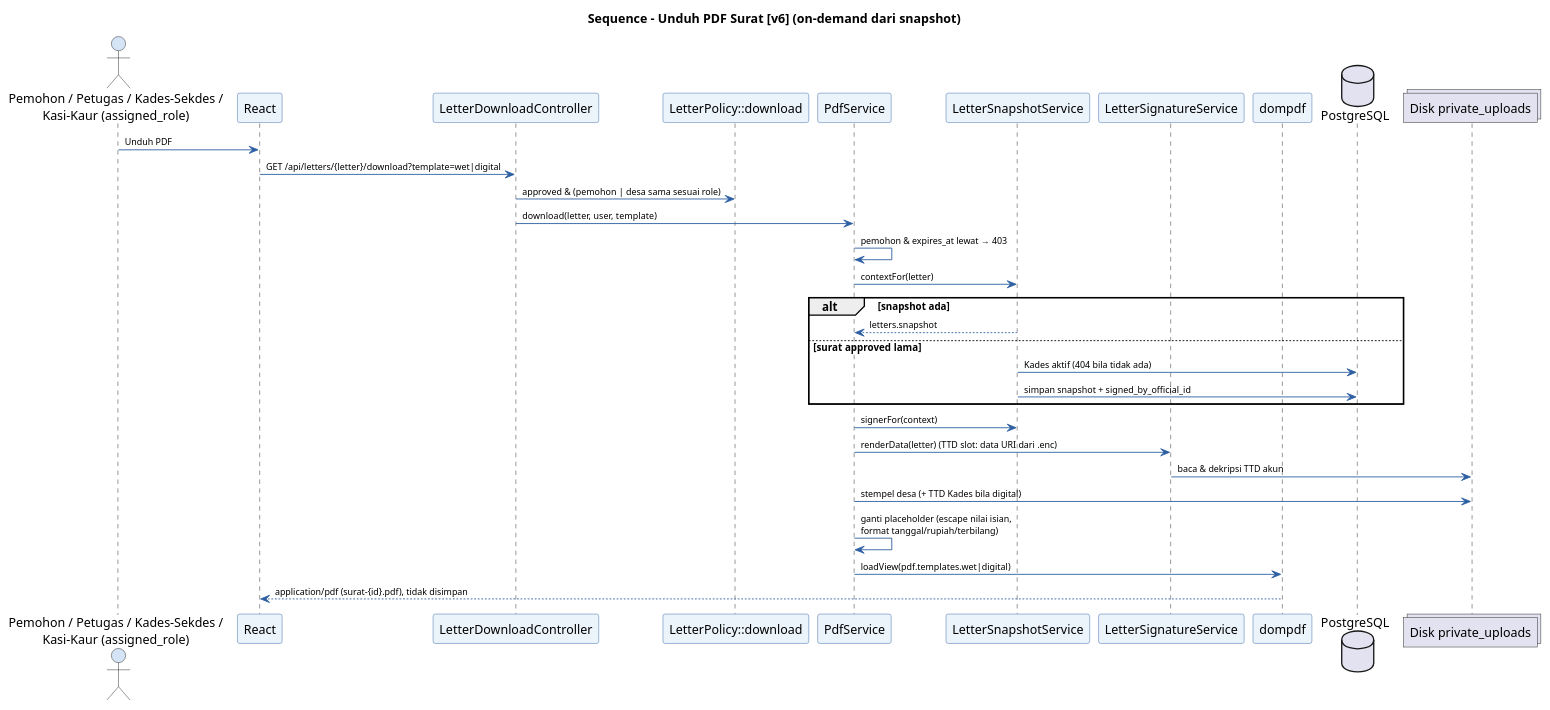
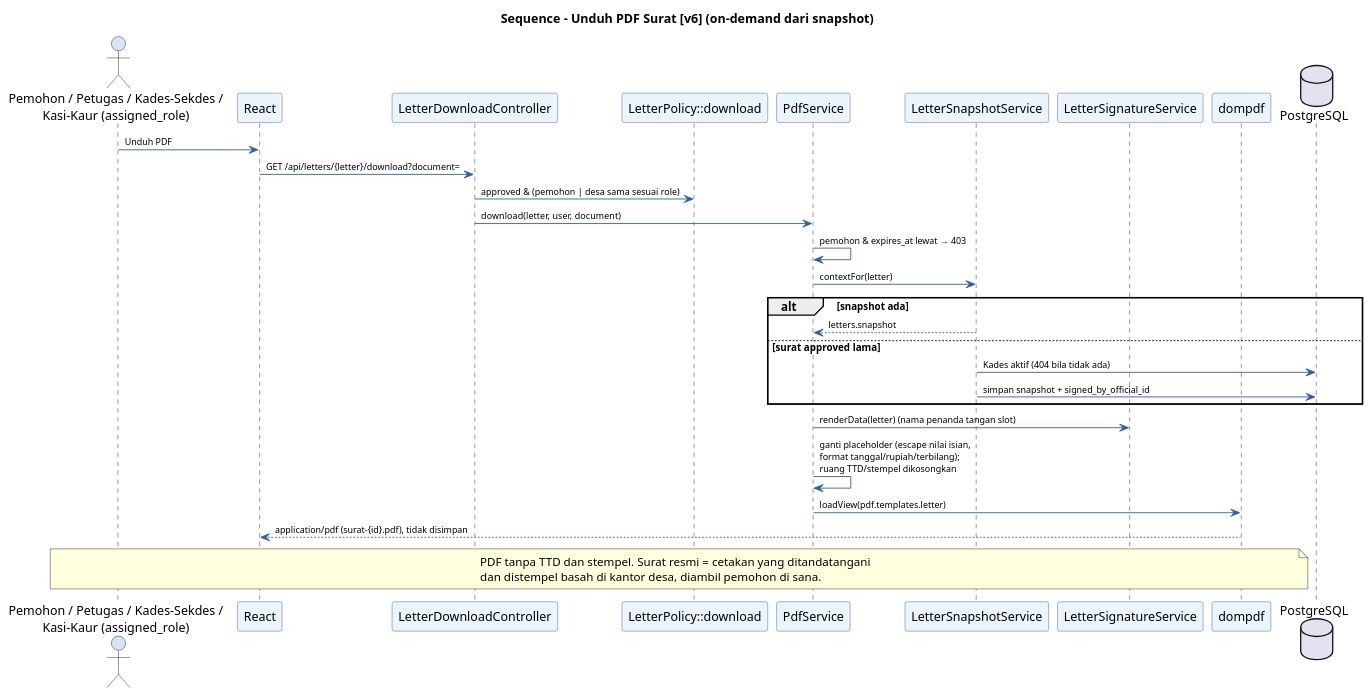
Before and after one commit to Vextronode/sid-app: the diagram in docs/diagram/code/sequence/08_Sequence_DownloadPDF_Snapshot_v6.puml, drawn with PlantUML. The commit also changed 172 other files, not shown here.

First line of the commit message:
refactor(surat): hapus TTD digital, surat terbit tanpa TTD/stempel

```diff
--- a/docs/diagram/code/sequence/08_Sequence_DownloadPDF_Snapshot_v6.puml
+++ b/docs/diagram/code/sequence/08_Sequence_DownloadPDF_Snapshot_v6.puml
@@ -9,44 +9,44 @@
 @startuml Sequence_DownloadPDF_v6
 skinparam backgroundColor #FFFFFF
 skinparam sequence {
   ParticipantBackgroundColor #EBF3FB
   ParticipantBorderColor #2E5FA3
   ActorBackgroundColor #D6E4F7
   ArrowColor #2E5FA3
   ArrowFontSize 10
   NoteBackgroundColor #FFF9C4
   NoteBorderColor #F9A825
 }
 title Sequence - Unduh PDF Surat [v6] (on-demand dari snapshot)
 
 actor "Pemohon / Petugas / Kades-Sekdes /\nKasi-Kaur (assigned_role)" as U
 participant "React" as FE
 participant "LetterDownloadController" as CTRL
 participant "LetterPolicy::download" as POL
 participant "PdfService" as PDF
 participant "LetterSnapshotService" as SNAP
 participant "LetterSignatureService" as SIG
 participant "dompdf" as DOM
 database "PostgreSQL" as DB
-collections "Disk private_uploads" as DISK
 
 U -> FE : Unduh PDF
-FE -> CTRL : GET /api/letters/{letter}/download?template=wet|digital
+FE -> CTRL : GET /api/letters/{letter}/download?document=
 CTRL -> POL : approved & (pemohon | desa sama sesuai role)
-CTRL -> PDF : download(letter, user, template)
+CTRL -> PDF : download(letter, user, document)
 PDF -> PDF : pemohon & expires_at lewat → 403
 PDF -> SNAP : contextFor(letter)
 alt snapshot ada
   SNAP --> PDF : letters.snapshot
 else surat approved lama
   SNAP -> DB : Kades aktif (404 bila tidak ada)
   SNAP -> DB : simpan snapshot + signed_by_official_id
 end
-PDF -> SNAP : signerFor(context)
-PDF -> SIG : renderData(letter) (TTD slot: data URI dari .enc)
-SIG -> DISK : baca & dekripsi TTD akun
-PDF -> DISK : stempel desa (+ TTD Kades bila digital)
-PDF -> PDF : ganti placeholder (escape nilai isian,\nformat tanggal/rupiah/terbilang)
-PDF -> DOM : loadView(pdf.templates.wet|digital)
+PDF -> SIG : renderData(letter) (nama penanda tangan slot)
+PDF -> PDF : ganti placeholder (escape nilai isian,\nformat tanggal/rupiah/terbilang);\nruang TTD/stempel dikosongkan
+PDF -> DOM : loadView(pdf.templates.letter)
 DOM --> FE : application/pdf (surat-{id}.pdf), tidak disimpan
+note over U, DOM
+  PDF tanpa TTD dan stempel. Surat resmi = cetakan yang ditandatangani
+  dan distempel basah di kantor desa, diambil pemohon di sana.
+end note
 @enduml
```
